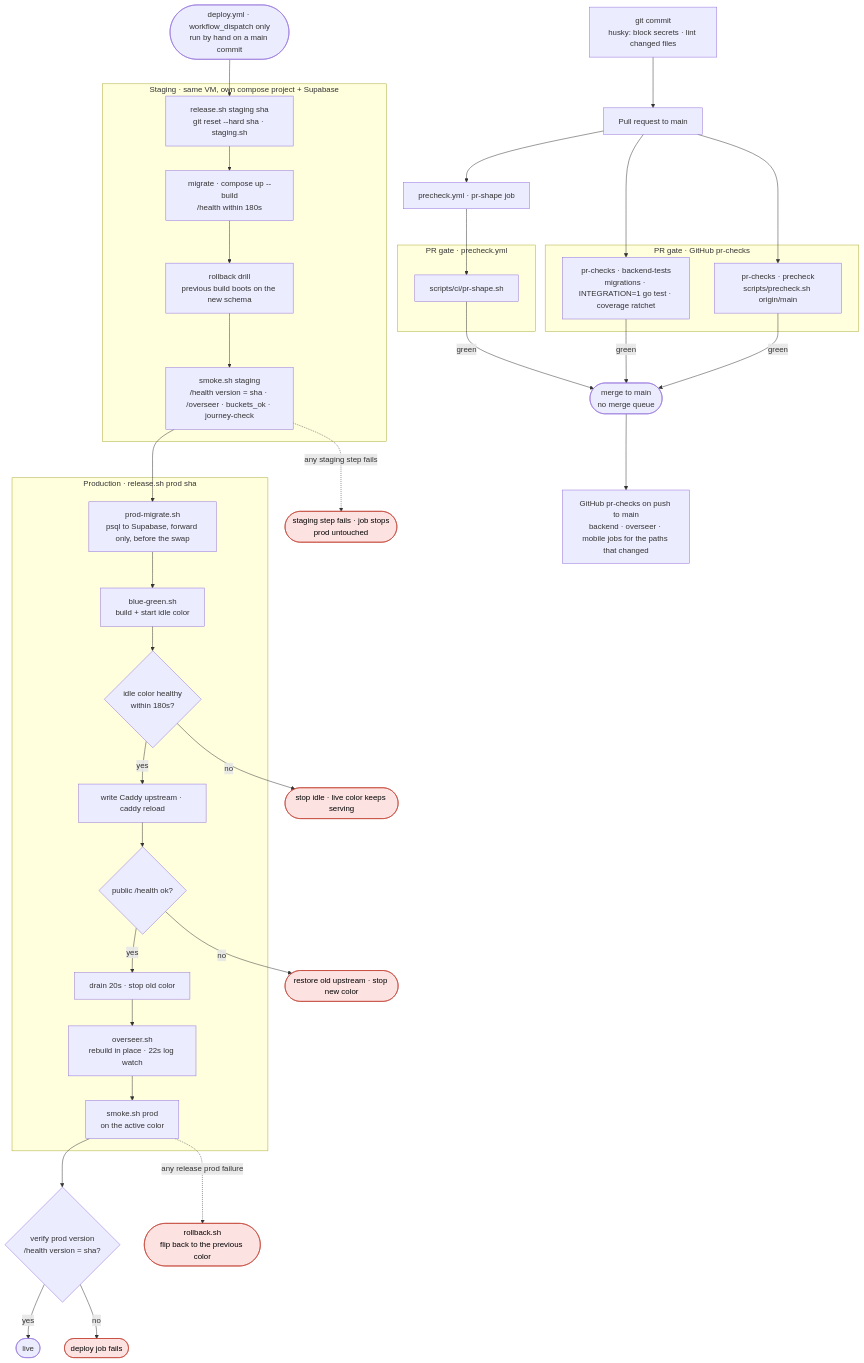
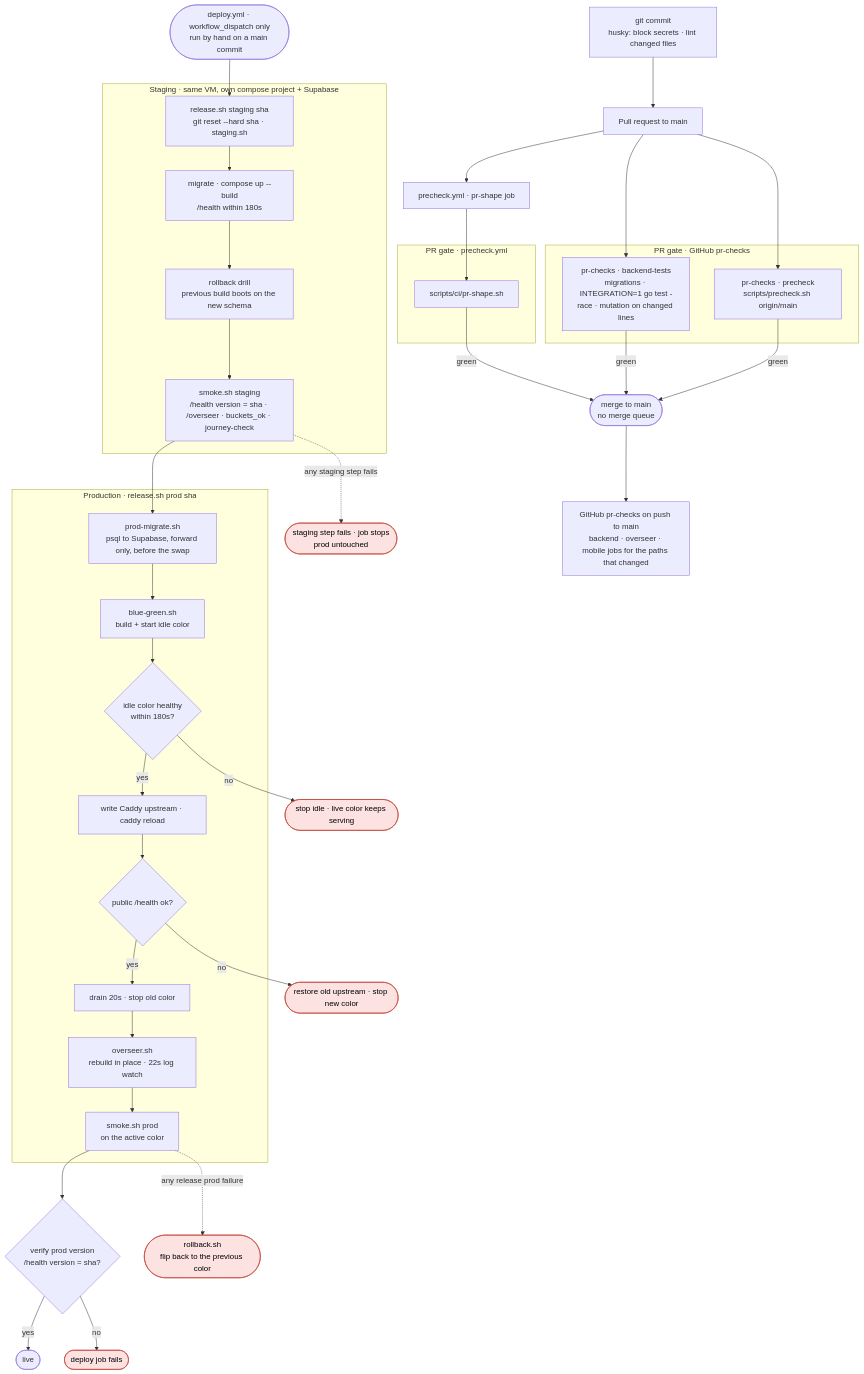
The first of 2 diagrams in docs/diagrams/delivery.md (aleburrascano/altune), drawn with Mermaid before and after one commit. The commit also changed 2 other files, not shown here.

Commit message:
ci(backend-tests): the Go coverage ratchet and its script are removed, mutation testing on changed lines is the check

````diff
--- a/docs/diagrams/delivery.md
+++ b/docs/diagrams/delivery.md
@@ -7,63 +7,63 @@
 ```mermaid
 flowchart TD
     commit["git commit<br/>husky: block secrets · lint changed files"] --> pr["Pull request to main"]
     pr --> precheck["precheck.yml · pr-shape job"]
 
     subgraph gate [PR gate · precheck.yml]
         shape["scripts/ci/pr-shape.sh"]
     end
 
     subgraph ghgate [PR gate · GitHub pr-checks]
-        ghtests["pr-checks · backend-tests<br/>migrations · INTEGRATION=1 go test · coverage ratchet"]
+        ghtests["pr-checks · backend-tests<br/>migrations · INTEGRATION=1 go test -race · mutation on changed lines"]
         ghprecheck["pr-checks · precheck<br/>scripts/precheck.sh origin/main"]
     end
 
     precheck --> shape
     pr --> ghtests
     pr --> ghprecheck
     ghtests -->|green| main
     ghprecheck -->|green| main
     shape -->|green| main(["merge to main<br/>no merge queue"])
     main --> ci["GitHub pr-checks on push to main<br/>backend · overseer · mobile jobs for the paths that changed"]
 
     dispatch(["deploy.yml · workflow_dispatch only<br/>run by hand on a main commit"])
 
     subgraph staging [Staging · same VM, own compose project + Supabase]
         st_release["release.sh staging sha<br/>git reset --hard sha · staging.sh"]
         st_up["migrate · compose up --build<br/>/health within 180s"]
         drill["rollback drill<br/>previous build boots on the new schema"]
         smoke["smoke.sh staging<br/>/health version = sha · /overseer · buckets_ok · journey-check"]
         st_release --> st_up --> drill --> smoke
     end
 
     dispatch --> st_release
 
     subgraph live_env [Production · release.sh prod sha]
         migrate["prod-migrate.sh<br/>psql to Supabase, forward only, before the swap"]
         build["blue-green.sh<br/>build + start idle color"]
         healthy{"idle color healthy<br/>within 180s?"}
         flip["write Caddy upstream · caddy reload"]
         verify{"public /health ok?"}
         drain["drain 20s · stop old color"]
         overseer["overseer.sh<br/>rebuild in place · 22s log watch"]
         psmoke["smoke.sh prod<br/>on the active color"]
         migrate --> build --> healthy
         healthy -->|yes| flip --> verify
         verify -->|yes| drain --> overseer --> psmoke
     end
 
     smoke --> migrate
     psmoke --> version{"verify prod version<br/>/health version = sha?"}
     version -->|yes| done(["live"])
 
     st_fail(["staging step fails · job stops<br/>prod untouched"])
     smoke -.->|any staging step fails| st_fail
     healthy -->|no| keep(["stop idle · live color keeps serving"])
     verify -->|no| restore(["restore old upstream · stop new color"])
     rollback(["rollback.sh<br/>flip back to the previous color"])
     psmoke -.->|any release prod failure| rollback
     version -->|no| vfail(["deploy job fails"])
 
     classDef fail fill:#fde2e2,stroke:#c0392b,color:#000
     class keep,restore,rollback,st_fail,vfail fail
 ```
````
